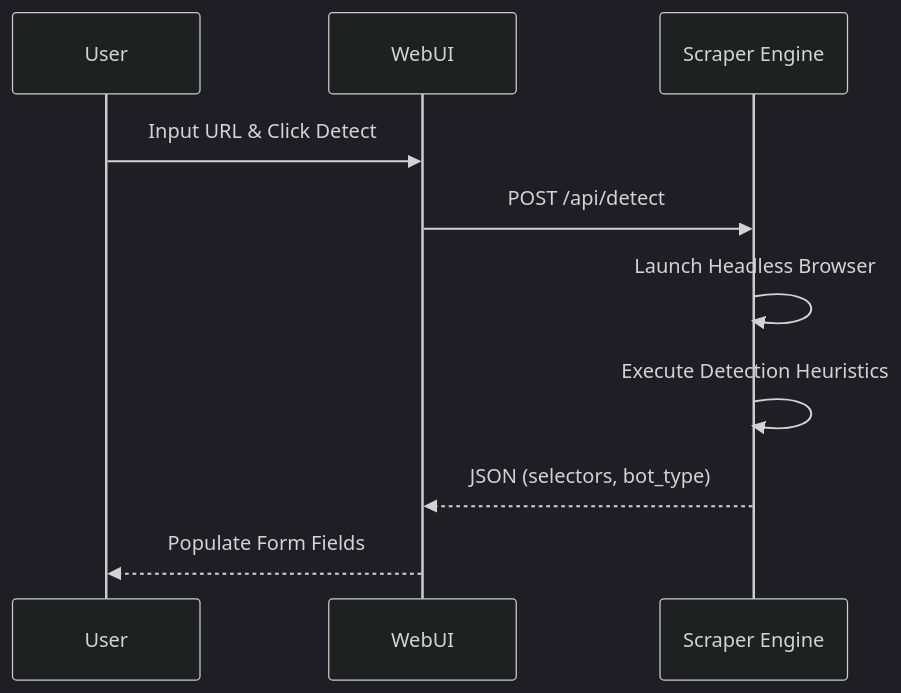
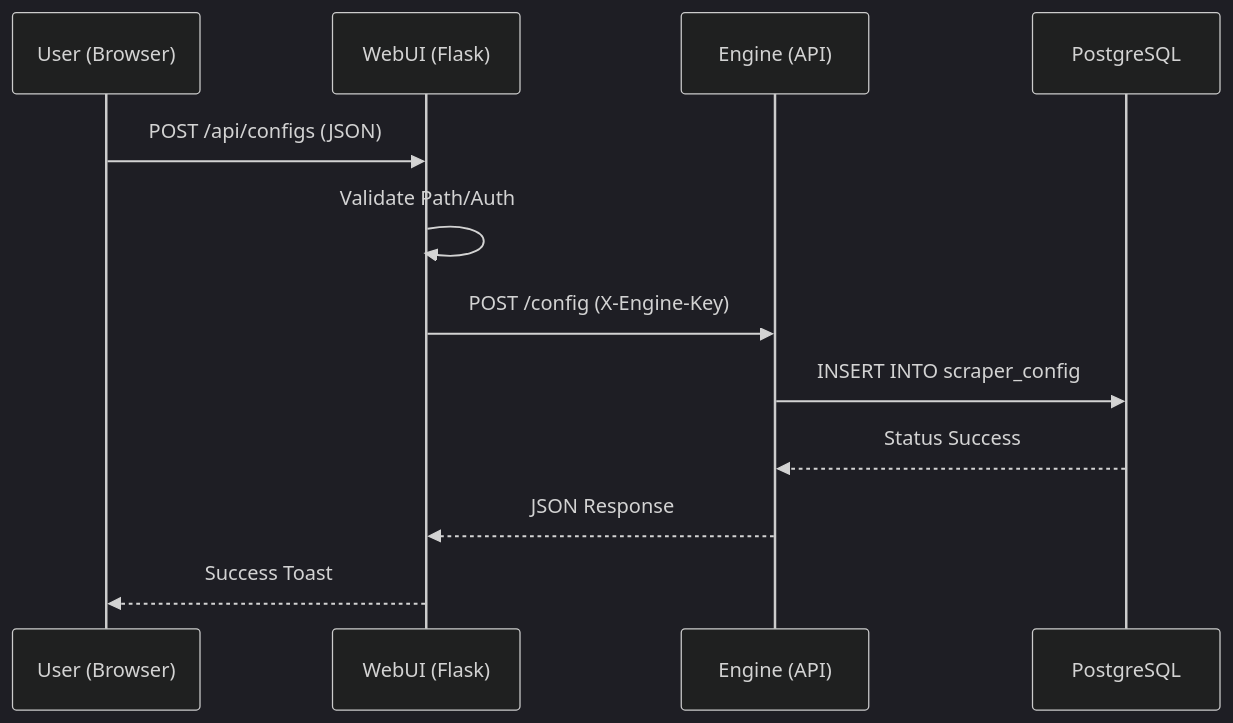
Before and after one commit to Avkroken/Produkter: the first of 2 diagrams in .cubic/wiki/05-section-frontend/03-frontend-config.md, drawn with Mermaid (dark theme). The commit also changed other lines of this file and 46 other files, not shown here.

````diff
--- a/.cubic/wiki/05-section-frontend/03-frontend-config.md
+++ b/.cubic/wiki/05-section-frontend/03-frontend-config.md
@@ -62,12 +34,15 @@
 ```mermaid
 sequenceDiagram
-    participant U as User
-    participant W as WebUI
-    participant E as Scraper Engine
-    U->>W: Input URL & Click Detect
-    W->>E: POST /api/detect
-    E->>E: Launch Headless Browser
-    E->>E: Execute Detection Heuristics
-    E-->>W: JSON (selectors, bot_type)
-    W-->>U: Populate Form Fields
+    participant User as User (Browser)
+    participant WebUI as WebUI (Flask)
+    participant Engine as Engine (API)
+    participant DB as PostgreSQL
+
+    User->>WebUI: POST /api/configs (JSON)
+    WebUI->>WebUI: Validate Path/Auth
+    WebUI->>Engine: POST /config (X-Engine-Key)
+    Engine->>DB: INSERT INTO scraper_config
+    DB-->>Engine: Status Success
+    Engine-->>WebUI: JSON Response
+    WebUI-->>User: Success Toast
 ```
````
